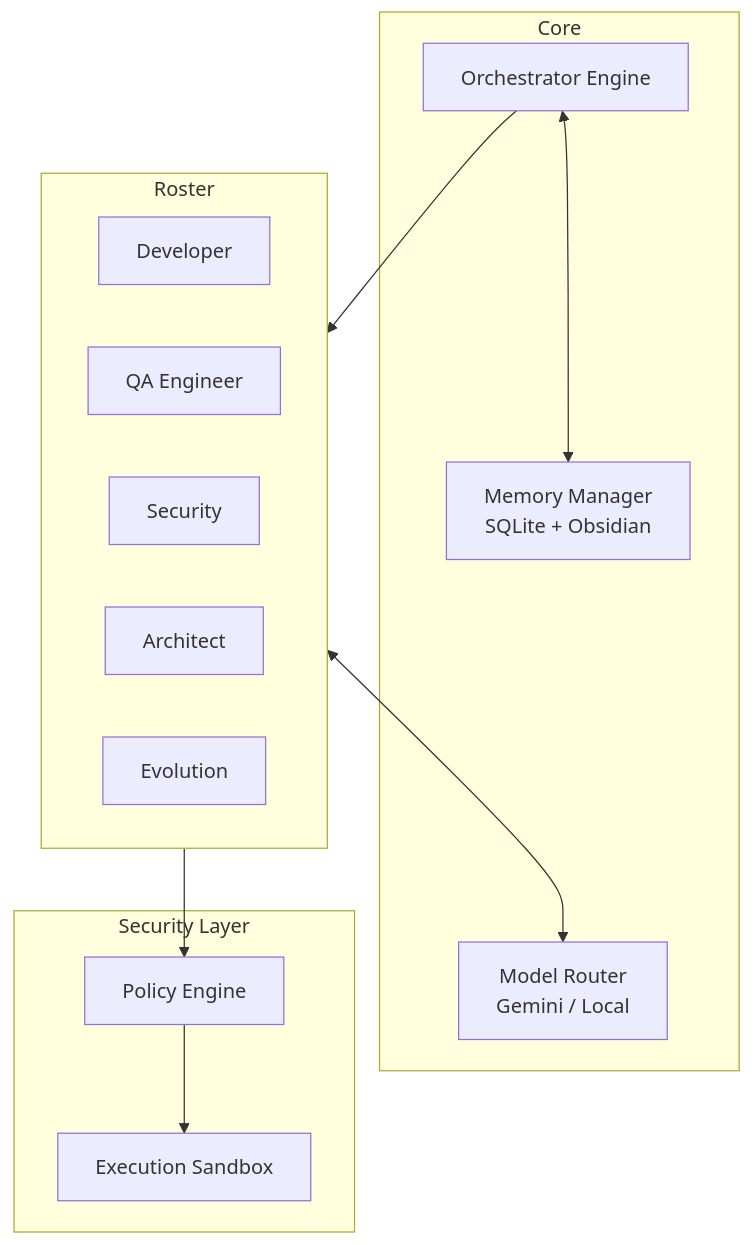
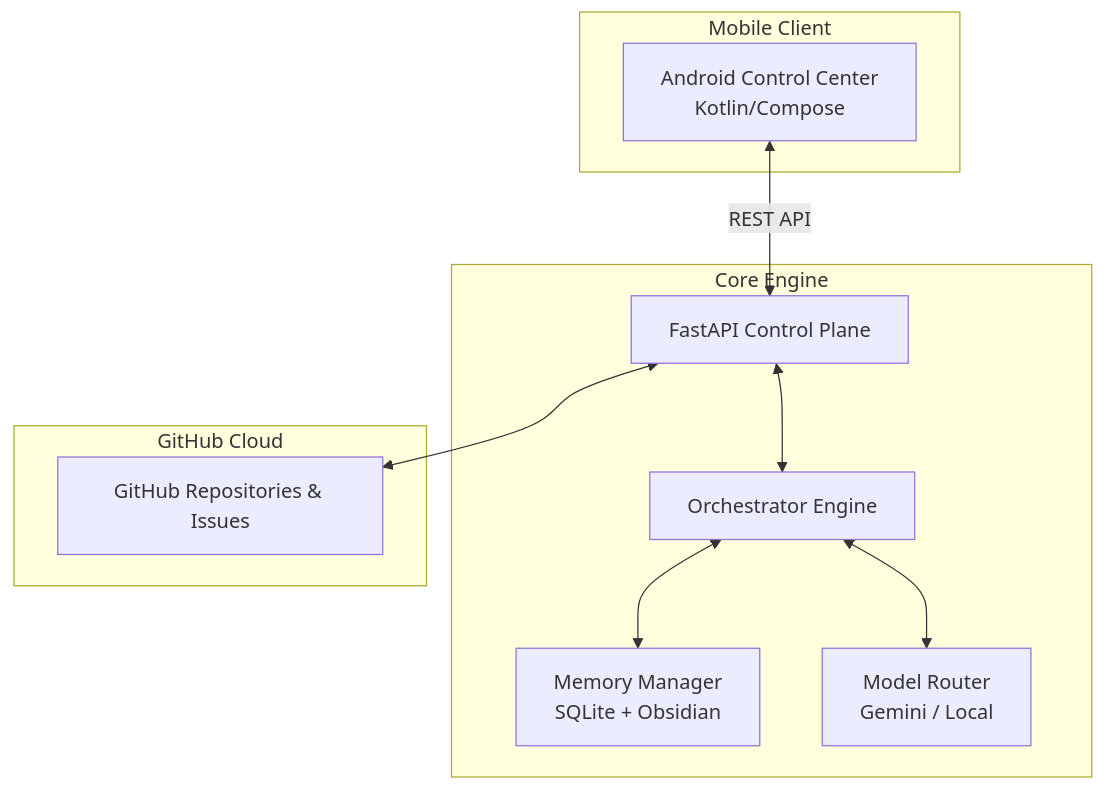
The diagram in README.md (Benadic90/EvoForge), drawn with Mermaid before and after one commit. The commit also changed other lines of this file and 18 other files, not shown here.

Commit message:
feat: Complete Phase 10 Android GitHub integration, update API routing, and polish README

````diff
--- a/README.md
+++ b/README.md
@@ -34,27 +50,23 @@
 ```mermaid
 graph TD
-    subgraph Core
+    subgraph Mobile Client
+        App[Android Control Center<br>Kotlin/Compose]
+    end
+
+    subgraph Core Engine
+        API[FastAPI Control Plane]
         Engine[Orchestrator Engine]
         Memory[Memory Manager<br>SQLite + Obsidian]
         Router[Model Router<br>Gemini / Local]
     end
 
-    subgraph Roster
-        Dev[Developer]
-        QA[QA Engineer]
-        Sec[Security]
-        Arch[Architect]
-        Evo[Evolution]
+    subgraph GitHub Cloud
+        GH[GitHub Repositories & Issues]
     end
 
-    subgraph Security Layer
-        Policy[Policy Engine]
-        Sandbox[Execution Sandbox]
-    end
-
+    App <-->|REST API| API
+    API <--> Engine
     Engine <--> Memory
-    Engine --> Roster
-    Roster <--> Router
-    Roster --> Policy
-    Policy --> Sandbox
+    Engine <--> Router
+    API <--> GH
 ```
````
